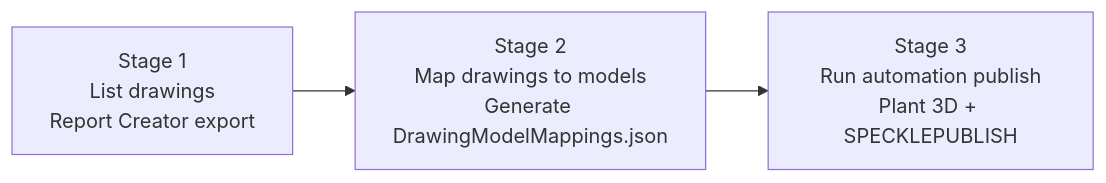
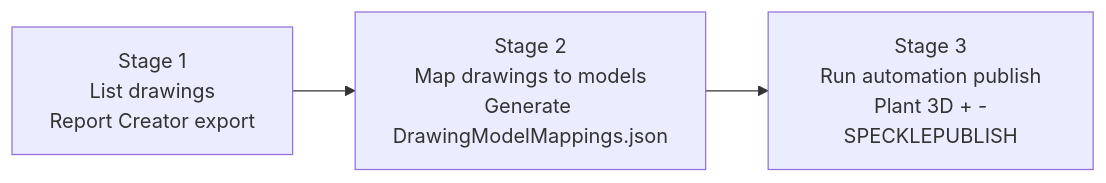
One commit to jcbsteve/speckle-sharp-connectors-fork changed the fourth of 4 diagrams in Connectors/Autocad/Speckle.Connectors.Plant3dShared/Automation/readme.md. Above: the diagram before and after it, drawn with Mermaid. The commit also changed other lines of this file and 2 other files, not shown here.

````diff
--- a/Connectors/Autocad/Speckle.Connectors.Plant3dShared/Automation/readme.md
+++ b/Connectors/Autocad/Speckle.Connectors.Plant3dShared/Automation/readme.md
@@ -218,7 +257,7 @@
 ```mermaid
 flowchart LR
     S1[Stage 1<br/>List drawings<br/>Report Creator export]
     S2[Stage 2<br/>Map drawings to models<br/>Generate DrawingModelMappings.json]
-    S3[Stage 3<br/>Run automation publish<br/>Plant 3D + SPECKLEPUBLISH]
+    S3[Stage 3<br/>Run automation publish<br/>Plant 3D + -SPECKLEPUBLISH]
     S1 --> S2 --> S3
 ```
````
